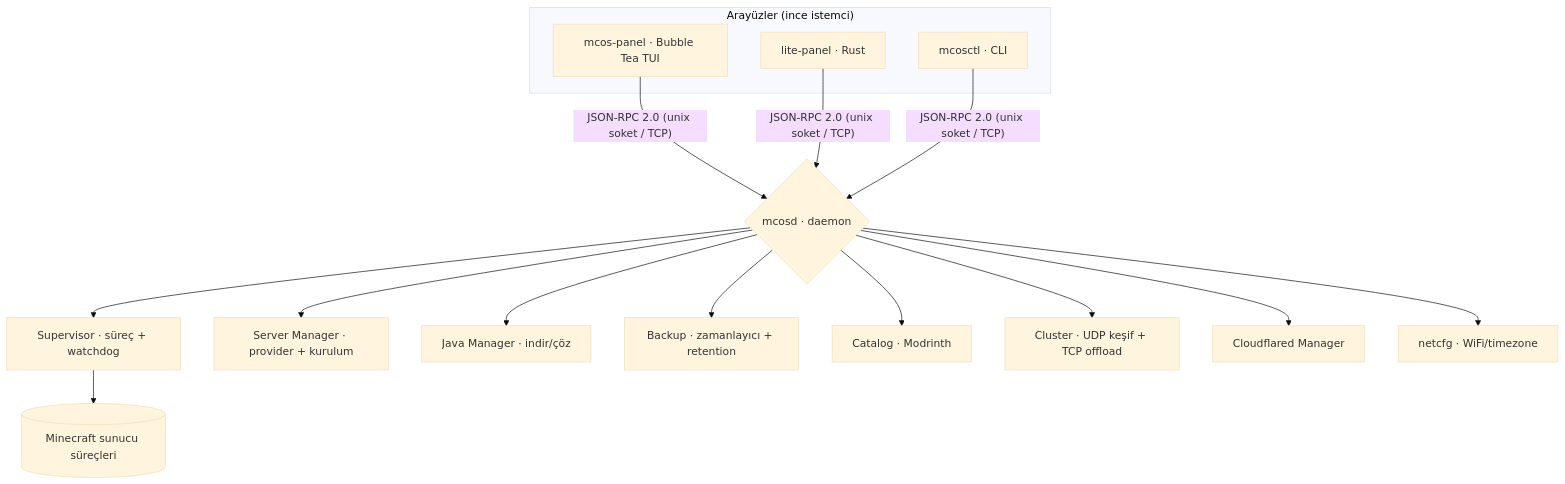
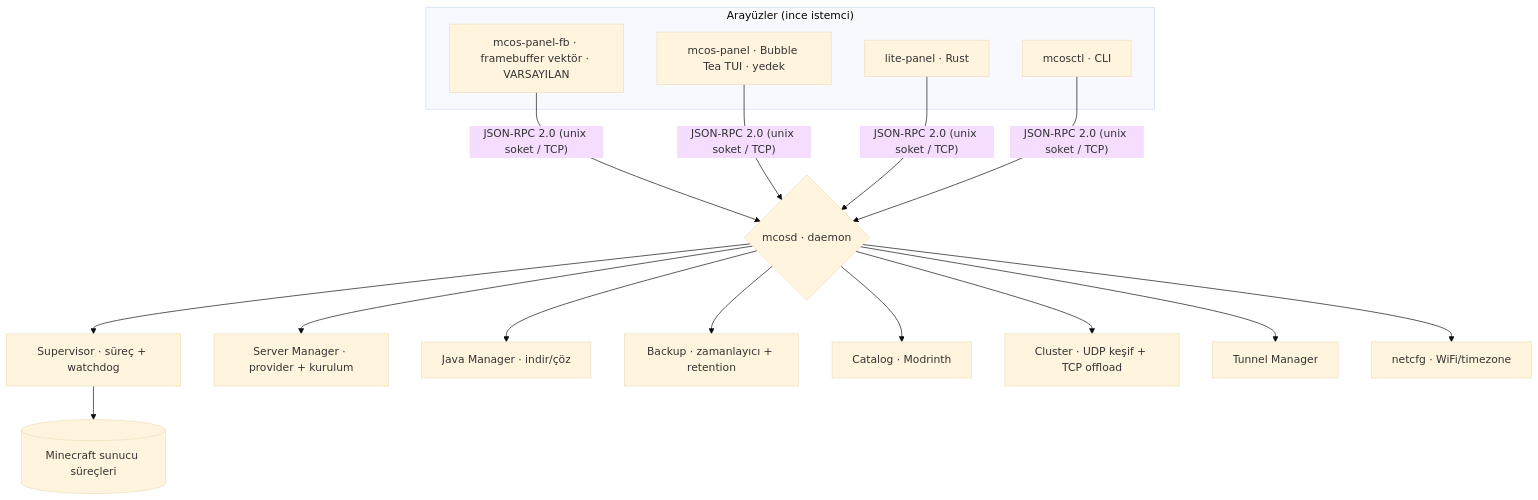
The first of 2 diagrams in README.md (kKekerem/mcos), drawn with Mermaid (base theme) before and after one commit. The commit also changed other lines of this file and 8 other files, not shown here.

````diff
--- a/README.md
+++ b/README.md
@@ -75,18 +168,19 @@
 ```mermaid
 graph TD
     subgraph "Arayüzler (ince istemci)"
-        P[mcos-panel · Bubble Tea TUI]
+        PF[mcos-panel-fb · framebuffer vektör · VARSAYILAN]
+        P[mcos-panel · Bubble Tea TUI · yedek]
         L[lite-panel · Rust]
         C[mcosctl · CLI]
     end
-    P & L & C -- "JSON-RPC 2.0 (unix soket / TCP)" --> D{mcosd · daemon}
+    PF & P & L & C -- "JSON-RPC 2.0 (unix soket / TCP)" --> D{mcosd · daemon}
     D --> SUP[Supervisor · süreç + watchdog]
     D --> SRV[Server Manager · provider + kurulum]
     D --> JAVA[Java Manager · indir/çöz]
     D --> BK[Backup · zamanlayıcı + retention]
     D --> CAT[Catalog · Modrinth]
     D --> CL[Cluster · UDP keşif + TCP offload]
-    D --> CF[Cloudflared Manager]
+    D --> TUN[Tunnel Manager]
     D --> NET[netcfg · WiFi/timezone]
     SUP --> MC[(Minecraft sunucu süreçleri)]
 ```
````
